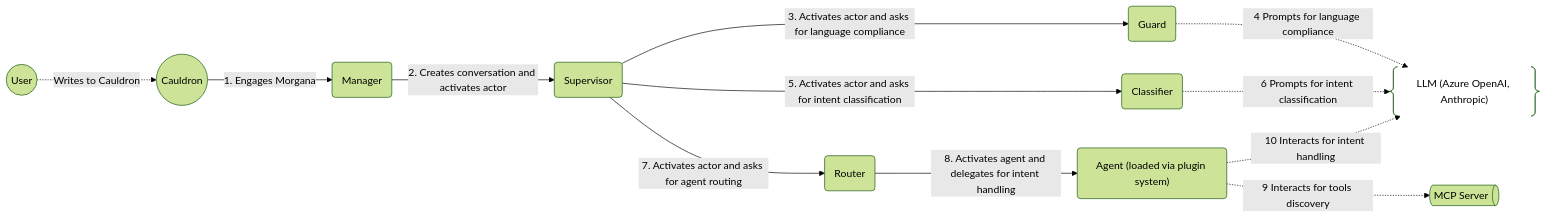
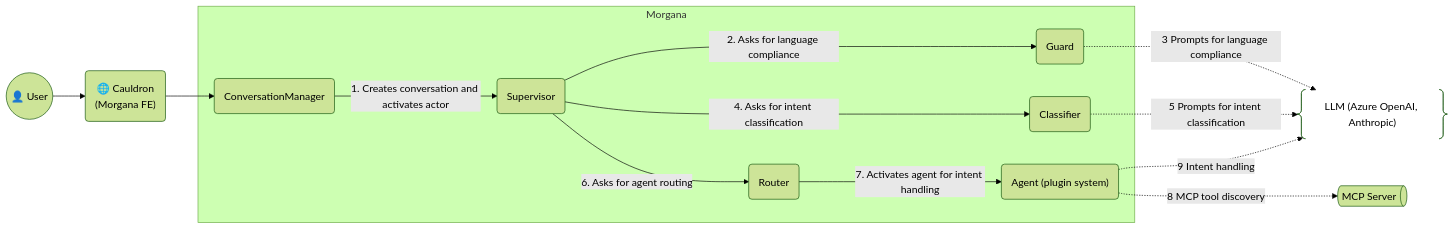
One commit to mdesalvo/Morgana changed the first of 2 diagrams in README.md. Above: the diagram before and after it, drawn with Mermaid (forest theme). The commit also changed other lines of this file, not shown here.

````diff
--- a/README.md
+++ b/README.md
@@ -47,20 +47,32 @@
 ```mermaid
 graph LR
-  U@{shape: circle, label: "User"} -. Writes to Cauldron .-> CLD@{shape: rounded, label: "Cauldron"}
+  %% Frontend
+  U@{shape: circle, label: "👤 User"} --> CLD@{shape: rounded, label: "🌐 Cauldron\n(Morgana FE)"}
 
-  CLD@{shape: circle, label: "Cauldron"} -- 1. Engages Morgana --> CM@{shape: rounded, label: "ConversationManager"}
-  CM@{shape: rounded, label: "Manager"} -- 2. Creates conversation and activates actor --> SV@{shape: rounded, label: "Supervisor"}
+  %% Backend boundary
+  subgraph Morgana["Morgana"]
+    CM@{shape: rounded, label: "ConversationManager"}
+    SV@{shape: rounded, label: "Supervisor"}
 
-  SV@{shape: rounded, label: "Supervisor"} -- 3. Activates actor and asks for language compliance --> G@{shape: rounded, label: "Guard"}
-  SV@{shape: rounded, label: "Supervisor"} -- 5. Activates actor and asks for intent classification --> C@{shape: rounded, label: "Classifier"}
-  SV@{shape: rounded, label: "Supervisor"} -- 7. Activates actor and asks for agent routing --> R@{shape: rounded, label: "Router"}
+    G@{shape: rounded, label: "Guard"}
+    C@{shape: rounded, label: "Classifier"}
+    R@{shape: rounded, label: "Router"}
+    MA@{shape: rounded, label: "Agent (plugin system)"}
+  end
 
-  G@{shape: rounded, label: "Guard"} -. 4 Prompts for language compliance .-> LLM
+  %% FE → BE
+  CLD --> CM
+  CM -- 1. Creates conversation and activates actor --> SV
 
-  C@{shape: rounded, label: "Classifier"} -. 6 Prompts for intent classification .-> LLM
+  %% Internal BE flow
+  SV -- 2. Asks for language compliance --> G
+  SV -- 4. Asks for intent classification --> C
+  SV -- 6. Asks for agent routing --> R
+  R -- 7. Activates agent for intent handling --> MA
 
-  R@{shape: rounded, label: "Router"} -- 8. Activates agent and delegates for intent handling --> MA@{shape: rounded, label: "Agent (loaded via plugin system)"}
-
-  MA@{shape: rounded, label: "Agent (loaded via plugin system)"} -. 9 Interacts for tools discovery .-> MCP@{shape: das, label: "MCP Server"}
-  MA@{shape: rounded, label: "Agent (loaded via plugin system)"} -. 10 Interacts for intent handling .-> LLM@{shape: braces, label: "LLM (Azure OpenAI, Anthropic)"}
+  %% External systems
+  G -. 3 Prompts for language compliance .-> LLM@{shape: braces, label: "LLM (Azure OpenAI, Anthropic)"}
+  C -. 5 Prompts for intent classification .-> LLM
+  MA -. 8 MCP tool discovery .-> MCP@{shape: das, label: "MCP Server"}
+  MA -. 9 Intent handling .-> LLM
 ```
````
